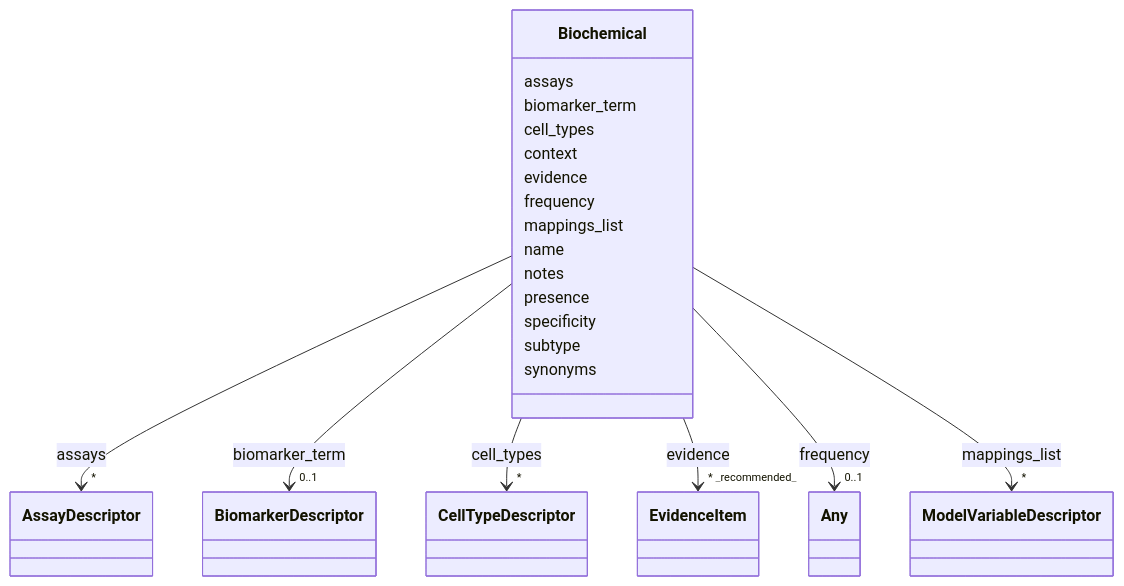
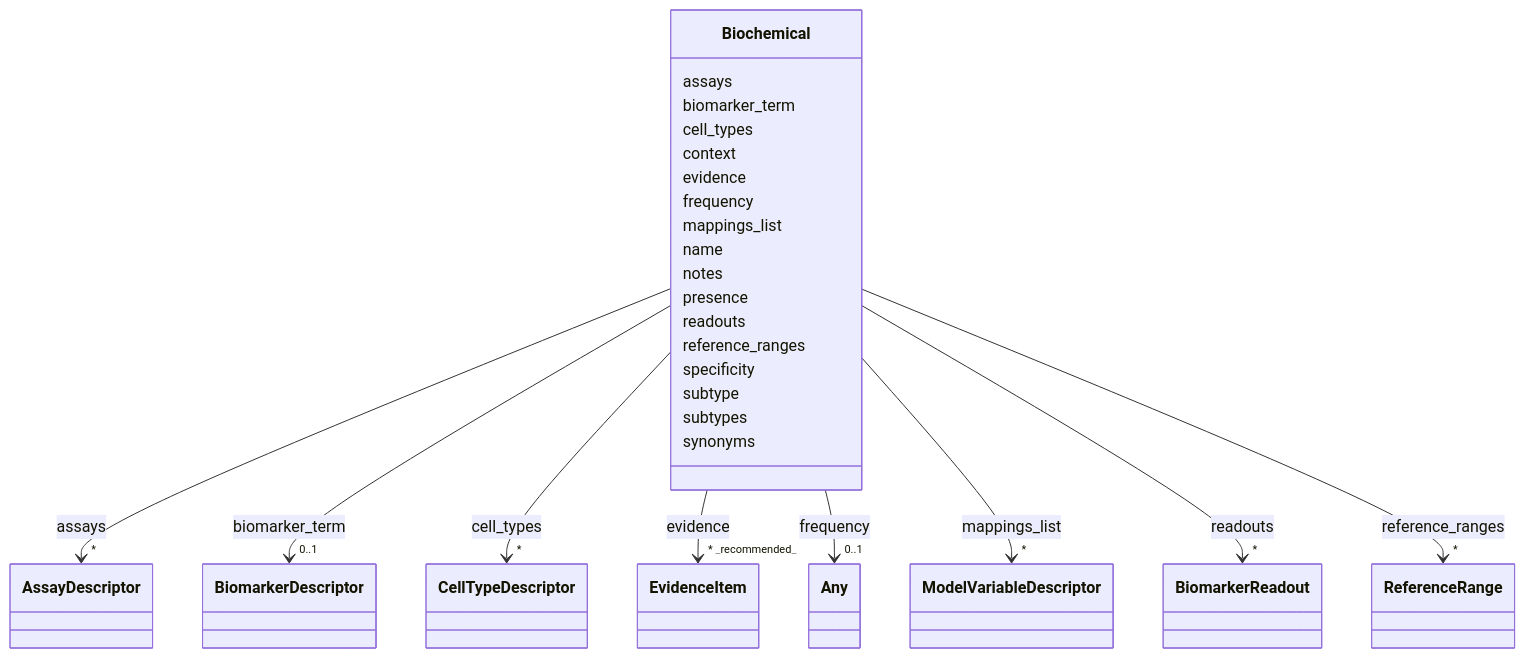
The diagram in docs/schema/classes/Biochemical.md (monarch-initiative/dismech), drawn with Mermaid before and after one commit. The commit also changed other lines of this file and 1343 other files, not shown here.

First line of the commit message:
docs: regenerate schema docs and point design-decisions link at rendered page

```diff
--- a/docs/schema/classes/Biochemical.md
+++ b/docs/schema/classes/Biochemical.md
@@ -88,9 +88,33 @@
         
       Biochemical : presence
         
+      Biochemical : readouts
+        
+          
+    
+        
+        
+        Biochemical --> "*" BiomarkerReadout : readouts
+        click BiomarkerReadout href "../../classes/BiomarkerReadout/"
+    
+
+        
+      Biochemical : reference_ranges
+        
+          
+    
+        
+        
+        Biochemical --> "*" ReferenceRange : reference_ranges
+        click ReferenceRange href "../../classes/ReferenceRange/"
+    
+
+        
       Biochemical : specificity
         
       Biochemical : subtype
+        
+      Biochemical : subtypes
         
       Biochemical : synonyms
         
```
